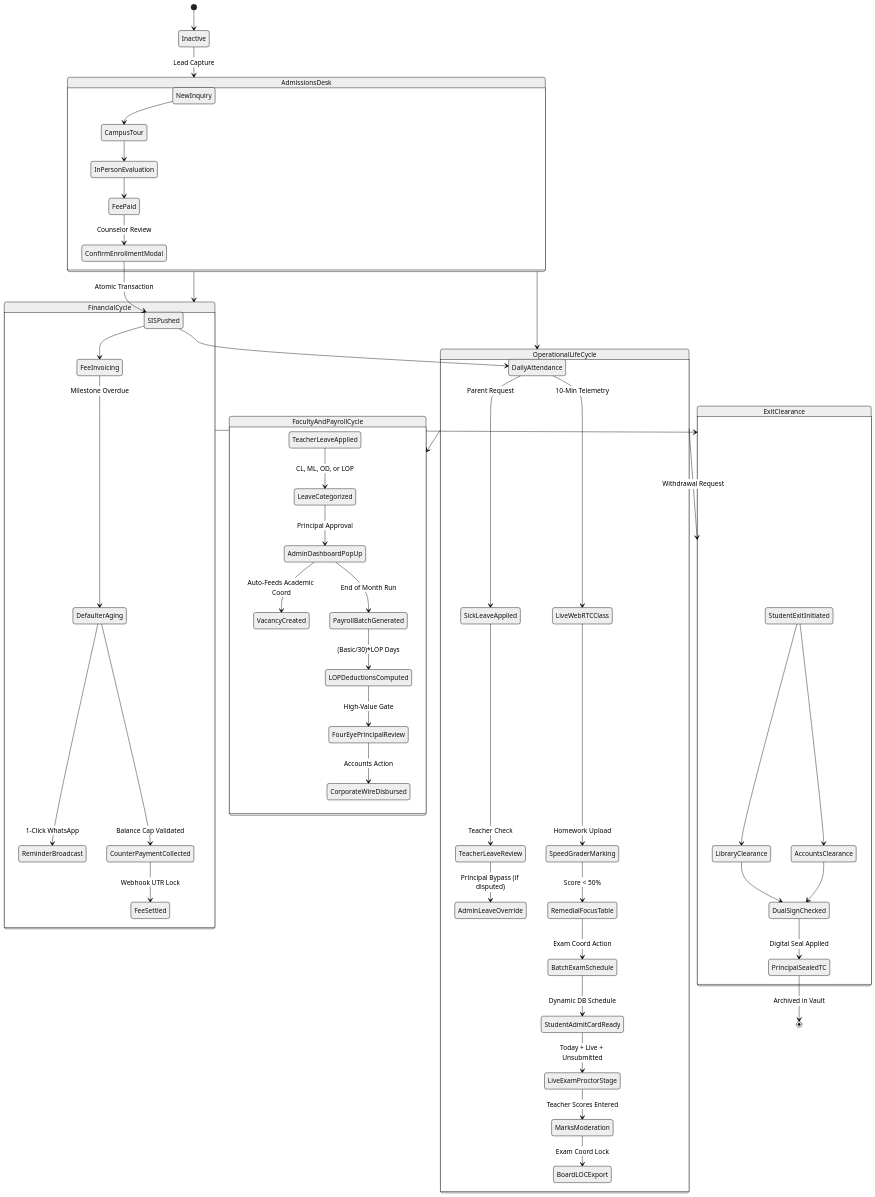
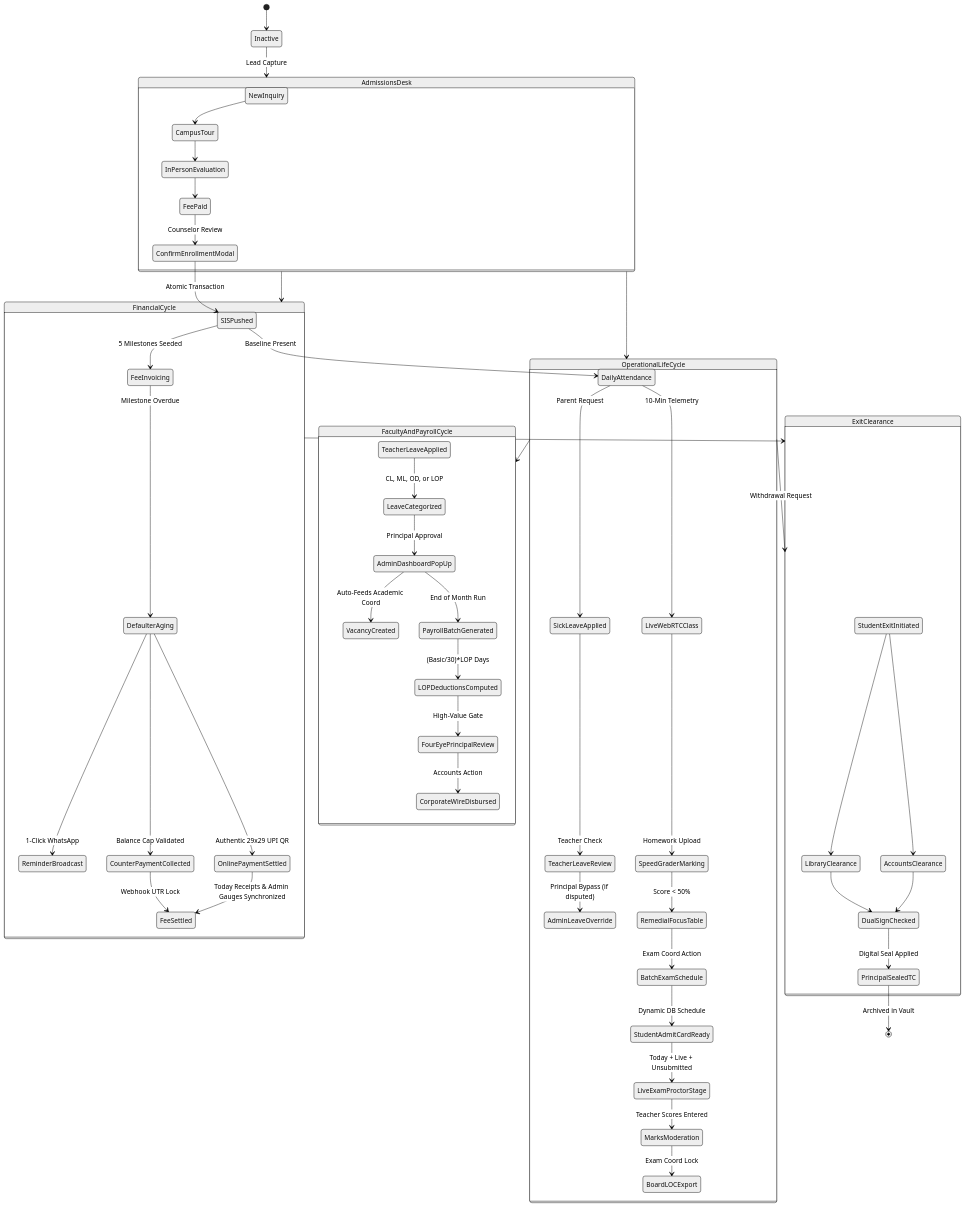
Diagram 19 of 19 in docs/architecture/ROLE_WISE_ARCHITECTURE_AND_WORKFLOWS.md (DiradzProducts/EDU360), drawn with Mermaid (neutral theme) before and after one commit. The commit also changed other lines of this file and 67 other files, not shown here.

````diff
--- a/docs/architecture/ROLE_WISE_ARCHITECTURE_AND_WORKFLOWS.md
+++ b/docs/architecture/ROLE_WISE_ARCHITECTURE_AND_WORKFLOWS.md
@@ -765,63 +811,65 @@
 ```mermaid
 stateDiagram-v2
     [*] --> Inactive
 
     state AdmissionsDesk {
         NewInquiry --> CampusTour
         CampusTour --> InPersonEvaluation
         InPersonEvaluation --> FeePaid
         FeePaid --> ConfirmEnrollmentModal: Counselor Review
         ConfirmEnrollmentModal --> SISPushed: Atomic Transaction
     }
 
     state OperationalLifeCycle {
-        SISPushed --> DailyAttendance
+        SISPushed --> DailyAttendance: Baseline Present
         DailyAttendance --> LiveWebRTCClass: 10-Min Telemetry
         DailyAttendance --> SickLeaveApplied: Parent Request
         SickLeaveApplied --> TeacherLeaveReview: Teacher Check
         TeacherLeaveReview --> AdminLeaveOverride: Principal Bypass (if disputed)
         
         LiveWebRTCClass --> SpeedGraderMarking: Homework Upload
         SpeedGraderMarking --> RemedialFocusTable: Score < 50%
         
         RemedialFocusTable --> BatchExamSchedule: Exam Coord Action
         BatchExamSchedule --> StudentAdmitCardReady: Dynamic DB Schedule
         StudentAdmitCardReady --> LiveExamProctorStage: Today + Live + Unsubmitted
         LiveExamProctorStage --> MarksModeration: Teacher Scores Entered
         MarksModeration --> BoardLOCExport: Exam Coord Lock
     }
 
     state FacultyAndPayrollCycle {
         TeacherLeaveApplied --> LeaveCategorized: CL, ML, OD, or LOP
         LeaveCategorized --> AdminDashboardPopUp: Principal Approval
         AdminDashboardPopUp --> VacancyCreated: Auto-Feeds Academic Coord
         AdminDashboardPopUp --> PayrollBatchGenerated: End of Month Run
         PayrollBatchGenerated --> LOPDeductionsComputed: (Basic/30)*LOP Days
         LOPDeductionsComputed --> FourEyePrincipalReview: High-Value Gate
         FourEyePrincipalReview --> CorporateWireDisbursed: Accounts Action
     }
 
     state FinancialCycle {
-        SISPushed --> FeeInvoicing
+        SISPushed --> FeeInvoicing: 5 Milestones Seeded
         FeeInvoicing --> DefaulterAging: Milestone Overdue
         DefaulterAging --> ReminderBroadcast: 1-Click WhatsApp
         DefaulterAging --> CounterPaymentCollected: Balance Cap Validated
+        DefaulterAging --> OnlinePaymentSettled: Authentic 29x29 UPI QR
         CounterPaymentCollected --> FeeSettled: Webhook UTR Lock
+        OnlinePaymentSettled --> FeeSettled: Today Receipts & Admin Gauges Synchronized
     }
 
     state ExitClearance {
         StudentExitInitiated --> LibraryClearance
         StudentExitInitiated --> AccountsClearance
         LibraryClearance --> DualSignChecked
         AccountsClearance --> DualSignChecked
         DualSignChecked --> PrincipalSealedTC: Digital Seal Applied
     }
 
     Inactive --> AdmissionsDesk: Lead Capture
     AdmissionsDesk --> OperationalLifeCycle
     AdmissionsDesk --> FinancialCycle
     OperationalLifeCycle --> FacultyAndPayrollCycle
     OperationalLifeCycle --> ExitClearance: Withdrawal Request
     FinancialCycle --> ExitClearance
     PrincipalSealedTC --> [*]: Archived in Vault
 ```
````
